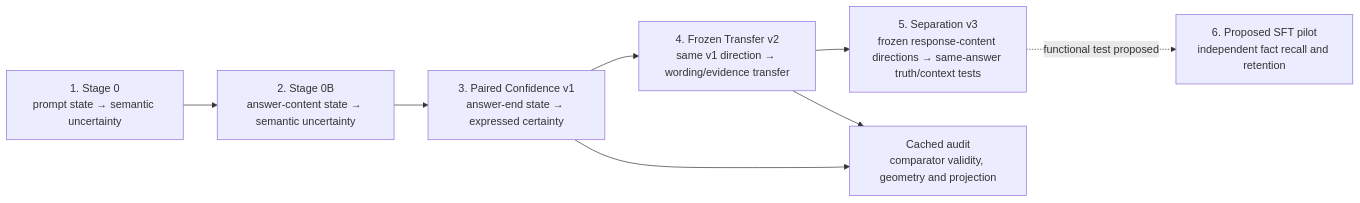
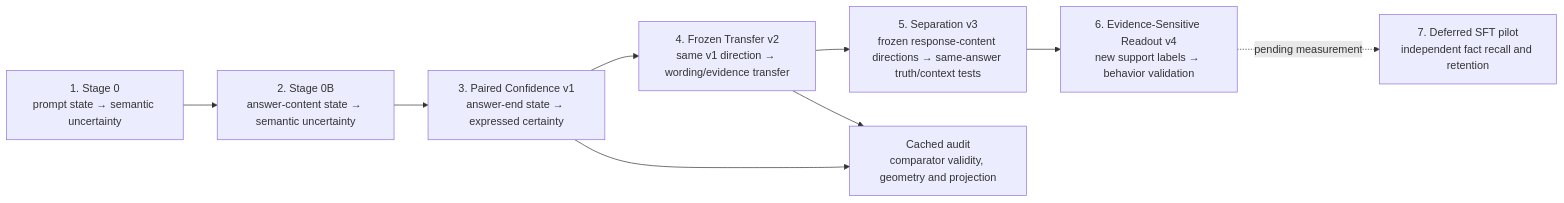
The diagram in docs/experiments/EXPERIMENT_MAP.md (WenyiJin2003/mechanistic-confidence-sdt), drawn with Mermaid before and after one commit. The commit also changed other lines of this file and 23 other files, not shown here.

Commit message:
Preregister evidence-sensitive readout v4 before inference

````diff
--- a/docs/experiments/EXPERIMENT_MAP.md
+++ b/docs/experiments/EXPERIMENT_MAP.md
@@ -105,17 +142,19 @@
 ```mermaid
 flowchart LR
     S0["1. Stage 0<br/>prompt state → semantic uncertainty"]
     S0B["2. Stage 0B<br/>answer-content state → semantic uncertainty"]
     V1["3. Paired Confidence v1<br/>answer-end state → expressed certainty"]
     V2["4. Frozen Transfer v2<br/>same v1 direction → wording/evidence transfer"]
     V3["5. Separation v3<br/>frozen response-content directions → same-answer truth/context tests"]
     Audit["Cached audit<br/>comparator validity, geometry and projection"]
-    Train["6. Proposed SFT pilot<br/>independent fact recall and retention"]
+    V4["6. Evidence-Sensitive Readout v4<br/>new support labels → behavior validation"]
+    Train["7. Deferred SFT pilot<br/>independent fact recall and retention"]
     S0 --> S0B
     S0B --> V1
     V1 --> V2
     V2 --> V3
     V1 --> Audit
     V2 --> Audit
-    V3 -. "functional test proposed" .-> Train
+    V3 --> V4
+    V4 -. "pending measurement" .-> Train
 ```
````
